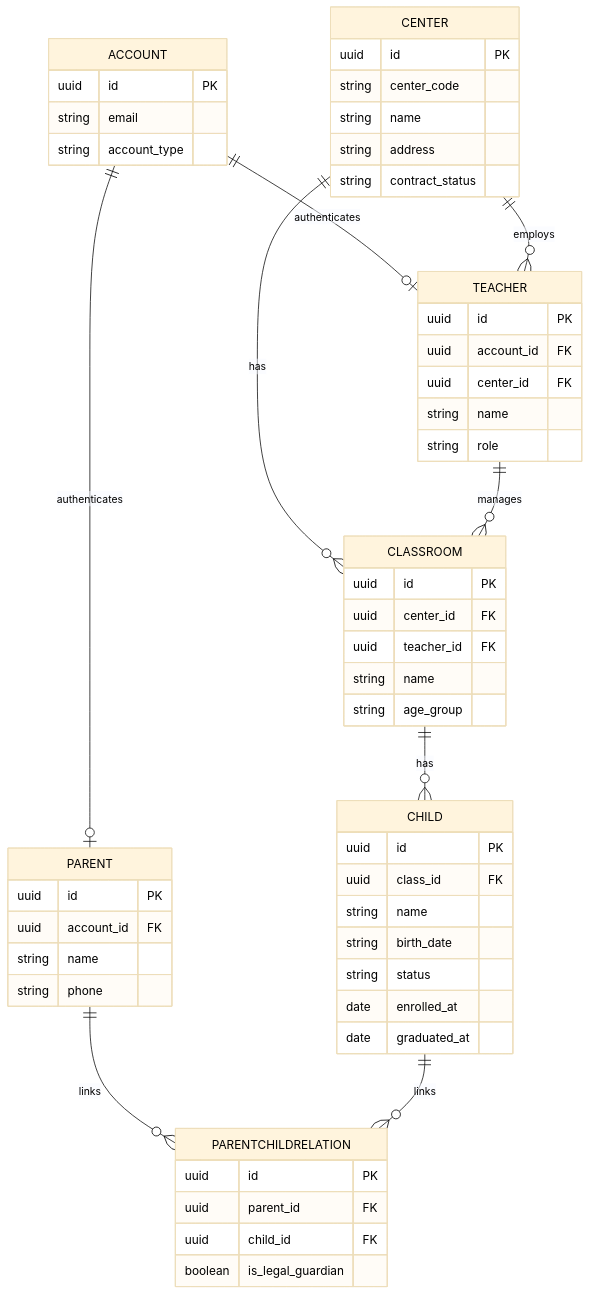
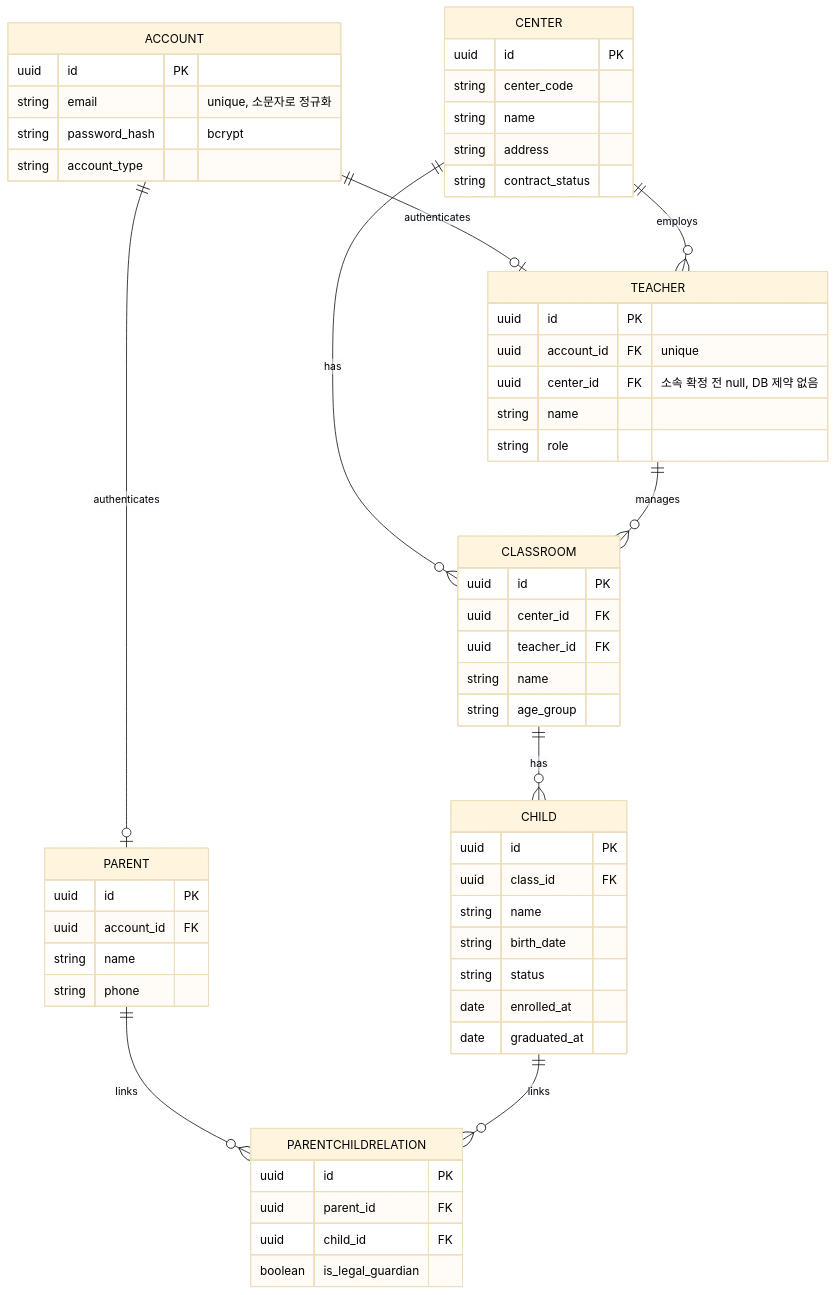
One commit to kakaotechcampus-4/ktc4-chungnam-4 changed the first of 8 diagrams in docs/테크스펙.md. Above: the diagram before and after it, drawn with Mermaid. The commit also changed 1 other file, not shown here.

Commit message:
docs: add password hash to the account ERD and document the demo seed
마이그레이션이 포함된 PR은 ERD를 같이 맞추는 규칙(/pr)에 따라, 실제 테이블과 다른
ERD 항목을 고치고 시드 실행 방법을 auth.md에 적습니다.

````diff
--- a/docs/테크스펙.md
+++ b/docs/테크스펙.md
@@ -413,59 +413,60 @@
 ```mermaid
 %%{init: {'theme':'base', 'themeVariables': {'primaryTextColor':'#000000','textColor':'#000000','lineColor':'#000000'}}}%%
 erDiagram
   ACCOUNT {
     uuid id PK
-    string email
+    string email "unique, 소문자로 정규화"
+    string password_hash "bcrypt"
     string account_type
   }
   CENTER {
     uuid id PK
     string center_code
     string name
     string address
     string contract_status
   }
   CLASSROOM {
     uuid id PK
     uuid center_id FK
     uuid teacher_id FK
     string name
     string age_group
   }
   TEACHER {
     uuid id PK
-    uuid account_id FK
-    uuid center_id FK
+    uuid account_id FK "unique"
+    uuid center_id FK "소속 확정 전 null, DB 제약 없음"
     string name
     string role
   }
     CHILD {
     uuid id PK
     uuid class_id FK
     string name
     string birth_date
     string status
     date enrolled_at
     date graduated_at
   }
   PARENT {
     uuid id PK
     uuid account_id FK
     string name
     string phone
   }
   PARENTCHILDRELATION {
     uuid id PK
     uuid parent_id FK
     uuid child_id FK
     boolean is_legal_guardian
   }
   ACCOUNT ||--o| TEACHER : authenticates
   ACCOUNT ||--o| PARENT : authenticates
   CENTER ||--o{ CLASSROOM : has
   CENTER ||--o{ TEACHER : employs
   TEACHER ||--o{ CLASSROOM : manages
   CLASSROOM ||--o{ CHILD : has
   PARENT ||--o{ PARENTCHILDRELATION : links
   CHILD ||--o{ PARENTCHILDRELATION : links
 ```
````
